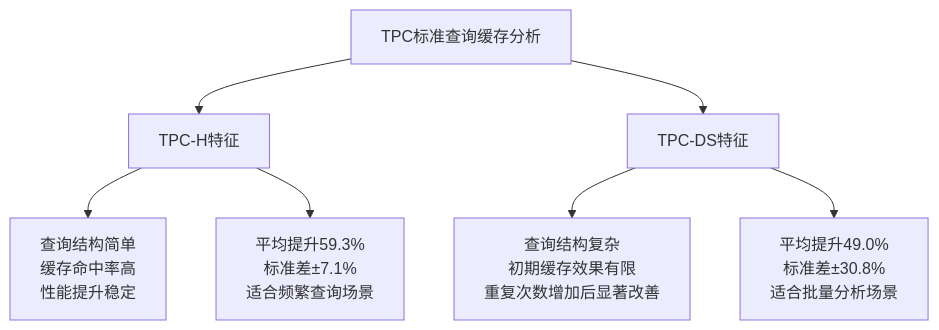
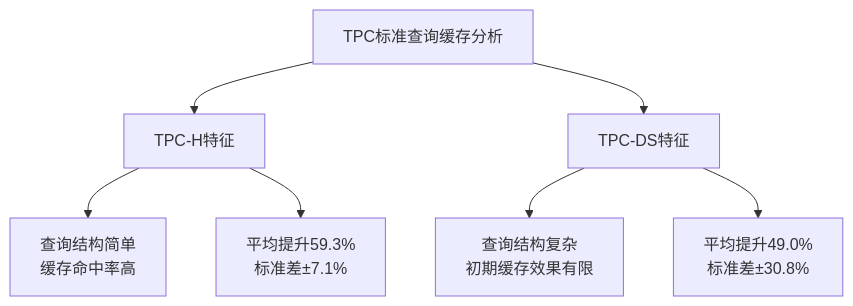
One commit to crazypenguincode/duckdb changed diagram 13 of 25 in md/第五章-实验与分析.md. Above: the diagram before and after it, drawn with Mermaid. The commit also changed other lines of this file and 3 other files, not shown here.

````diff
--- a/md/第五章-实验与分析.md
+++ b/md/第五章-实验与分析.md
@@ -428,11 +428,11 @@
 ```mermaid
 flowchart TD
     A[TPC标准查询缓存分析] --> B[TPC-H特征]
     A --> C[TPC-DS特征]
     
-    B --> B1[查询结构简单<br/>缓存命中率高<br/>性能提升稳定]
-    B --> B2[平均提升59.3%<br/>标准差±7.1%<br/>适合频繁查询场景]
+    B --> B1[查询结构简单<br/>缓存命中率高]
+    B --> B2[平均提升59.3%<br/>标准差±7.1%]
     
-    C --> C1[查询结构复杂<br/>初期缓存效果有限<br/>重复次数增加后显著改善]
-    C --> C2[平均提升49.0%<br/>标准差±30.8%<br/>适合批量分析场景]
+    C --> C1[查询结构复杂<br/>初期缓存效果有限]
+    C --> C2[平均提升49.0%<br/>标准差±30.8%]
 ```
````
